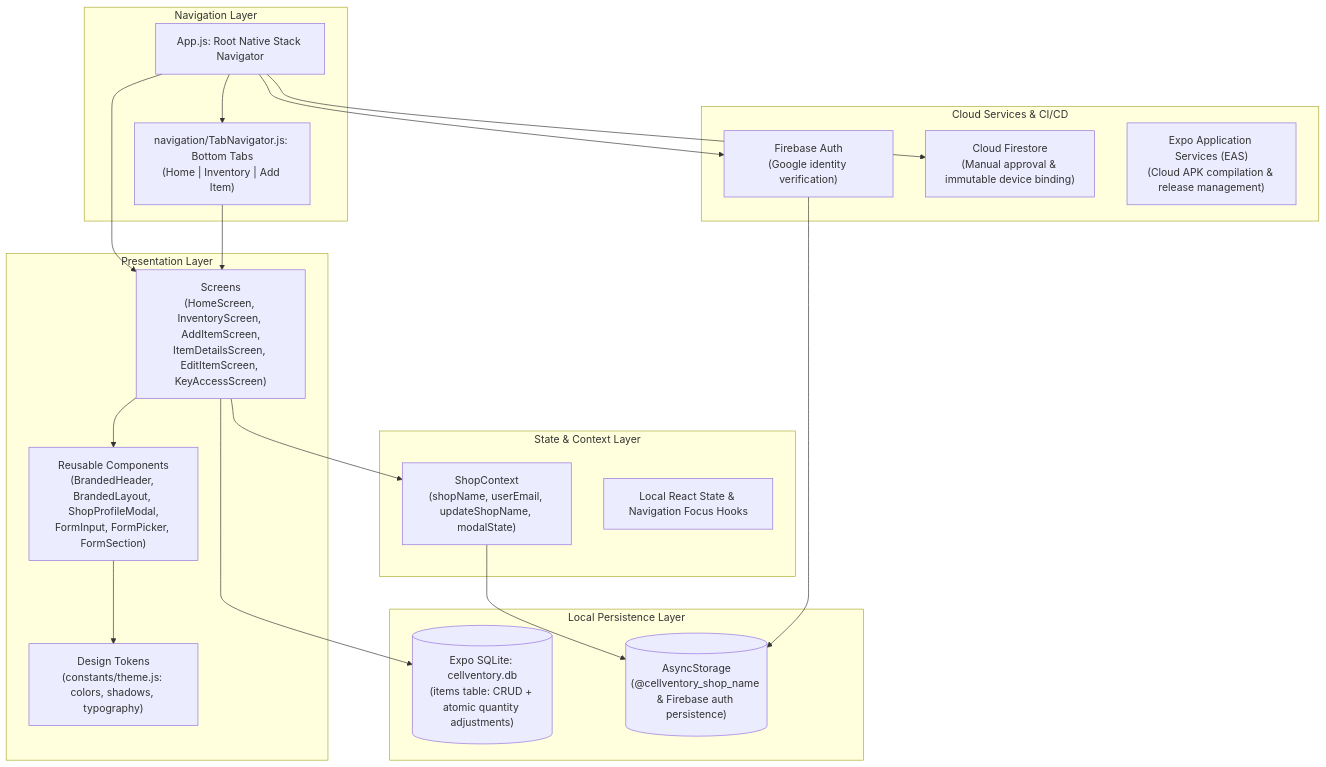
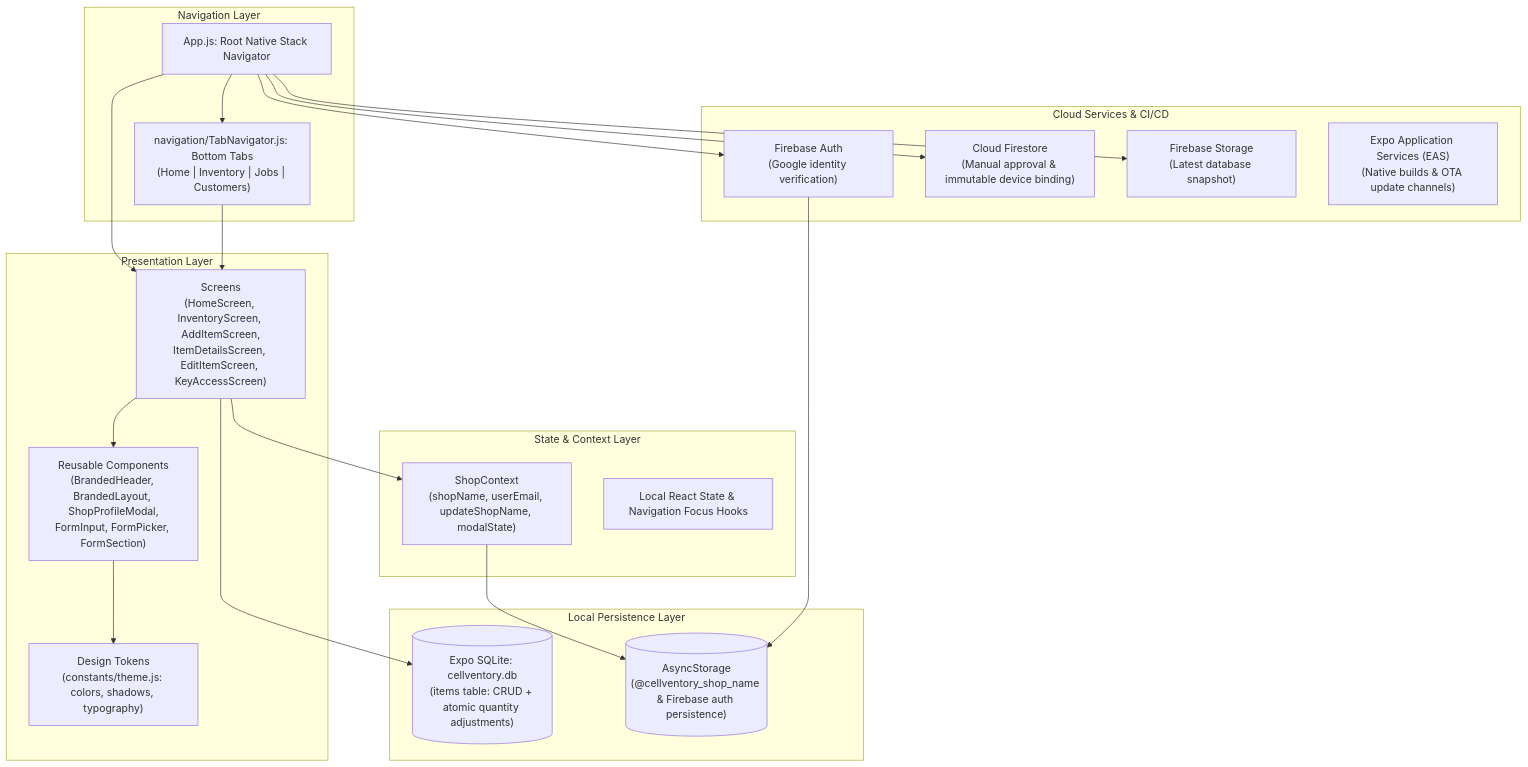
One commit to teqperts/cellventory changed the first of 6 diagrams in docs/ARCHITECTURE.md. Above: the diagram before and after it, drawn with Mermaid. The commit also changed other lines of this file and 2 other files, not shown here.

Commit message:
docs: add app flow and developer guide
Document onboarding, shop workflows, data storage, backups, and EAS updates; align existing docs with the current app behavior.

````diff
--- a/docs/ARCHITECTURE.md
+++ b/docs/ARCHITECTURE.md
@@ -26,42 +28,44 @@
 ```mermaid
 graph TD
     subgraph Presentation_Layer["Presentation Layer"]
         UI_Screens["Screens\n(HomeScreen, InventoryScreen, AddItemScreen,\nItemDetailsScreen, EditItemScreen, KeyAccessScreen)"]
         UI_Components["Reusable Components\n(BrandedHeader, BrandedLayout, ShopProfileModal,\nFormInput, FormPicker, FormSection)"]
         UI_Theme["Design Tokens\n(constants/theme.js: colors, shadows, typography)"]
     end
 
     subgraph Navigation_Layer["Navigation Layer"]
         Root_Nav["App.js: Root Native Stack Navigator"]
-        Tab_Nav["navigation/TabNavigator.js: Bottom Tabs\n(Home | Inventory | Add Item)"]
+        Tab_Nav["navigation/TabNavigator.js: Bottom Tabs\n(Home | Inventory | Jobs | Customers)"]
     end
 
     subgraph State_Layer["State & Context Layer"]
         Shop_Context["ShopContext\n(shopName, userEmail, updateShopName, modalState)"]
         Screen_Hooks["Local React State & Navigation Focus Hooks"]
     end
 
     subgraph Persistence_Layer["Local Persistence Layer"]
         SQLite_DB[("Expo SQLite: cellventory.db\n(items table: CRUD + atomic quantity adjustments)")]
         Async_Store[("AsyncStorage\n(@cellventory_shop_name & Firebase auth persistence)")]
     end
 
     subgraph Cloud_Layer["Cloud Services & CI/CD"]
         Firebase_Auth["Firebase Auth\n(Google identity verification)"]
         Firestore_Binding["Cloud Firestore\n(Manual approval & immutable device binding)"]
-        EAS_Build["Expo Application Services (EAS)\n(Cloud APK compilation & release management)"]
+        Firebase_Storage["Firebase Storage\n(Latest database snapshot)"]
+        EAS_Build["Expo Application Services (EAS)\n(Native builds & OTA update channels)"]
     end
 
     %% Relationships
     UI_Screens --> UI_Components
     UI_Components --> UI_Theme
     Root_Nav --> UI_Screens
     Root_Nav --> Tab_Nav
     Tab_Nav --> UI_Screens
     UI_Screens --> Shop_Context
     UI_Screens --> SQLite_DB
     Shop_Context --> Async_Store
     Root_Nav --> Firebase_Auth
     Root_Nav --> Firestore_Binding
+    Root_Nav --> Firebase_Storage
     Firebase_Auth --> Async_Store
 ```
````
